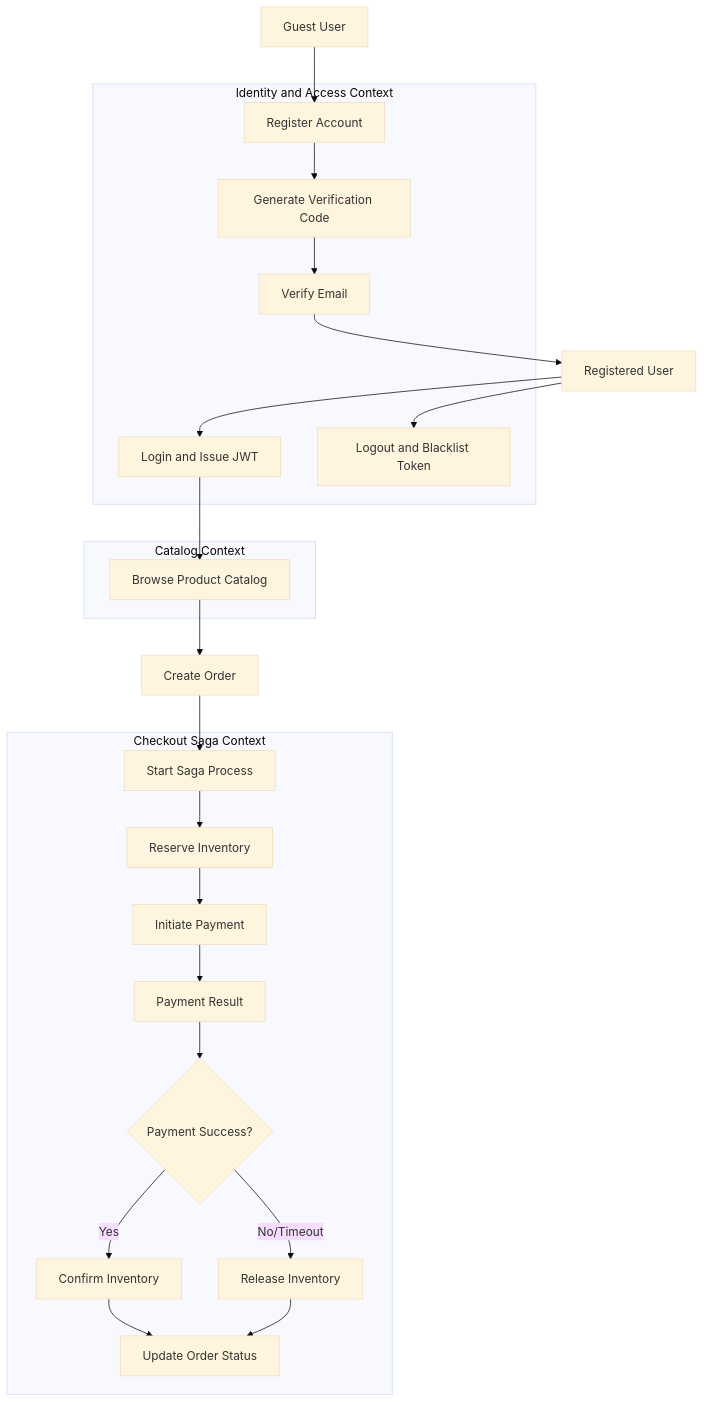
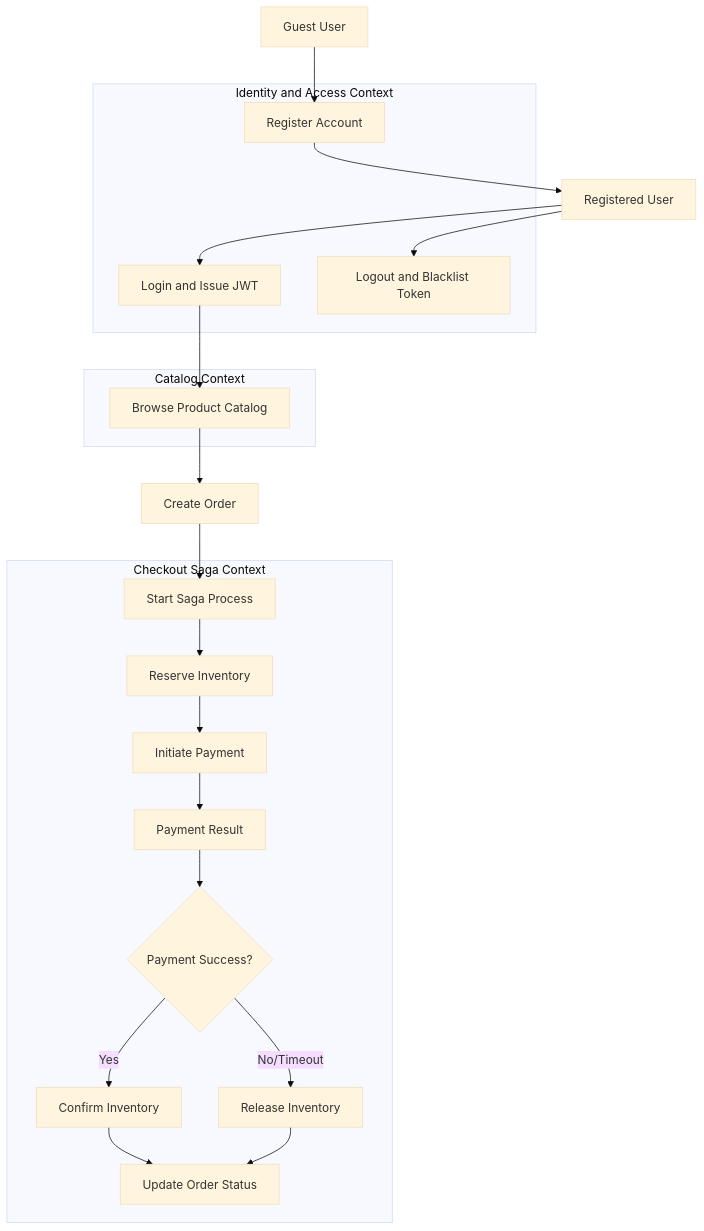
One commit to baosatboiz/asd changed the first of 7 diagrams in analysis-and-design-ddd.md. Above: the diagram before and after it, drawn with Mermaid (base theme). The commit also changed other lines of this file, not shown here.

````diff
--- a/analysis-and-design-ddd.md
+++ b/analysis-and-design-ddd.md
@@ -26,41 +26,37 @@
 ```mermaid
 flowchart TD
     G[Guest User] --> R[Register Account]
-    R --> VC[Generate Verification Code]
-    VC --> VE[Verify Email]
-    VE --> U[Registered User]
+    R --> U[Registered User]
 
     subgraph IAM[Identity and Access Context]
         R
-        VC
-        VE
         LG[Login and Issue JWT]
         LO[Logout and Blacklist Token]
     end
 
     U --> LG
     U --> LO
 
     subgraph CAT[Catalog Context]
         BR[Browse Product Catalog]
     end
 
     LG --> BR
 
     BR --> CO[Create Order]
 
     subgraph CHECKOUT[Checkout Saga Context]
         SP[Start Saga Process]
         RS[Reserve Inventory]
         PI[Initiate Payment]
         PS[Payment Result]
         GW{Payment Success?}
         CF[Confirm Inventory]
         RL[Release Inventory]
         US[Update Order Status]
     end
 
     CO --> SP --> RS --> PI --> PS --> GW
     GW -->|Yes| CF --> US
     GW -->|No/Timeout| RL --> US
 ```
````
